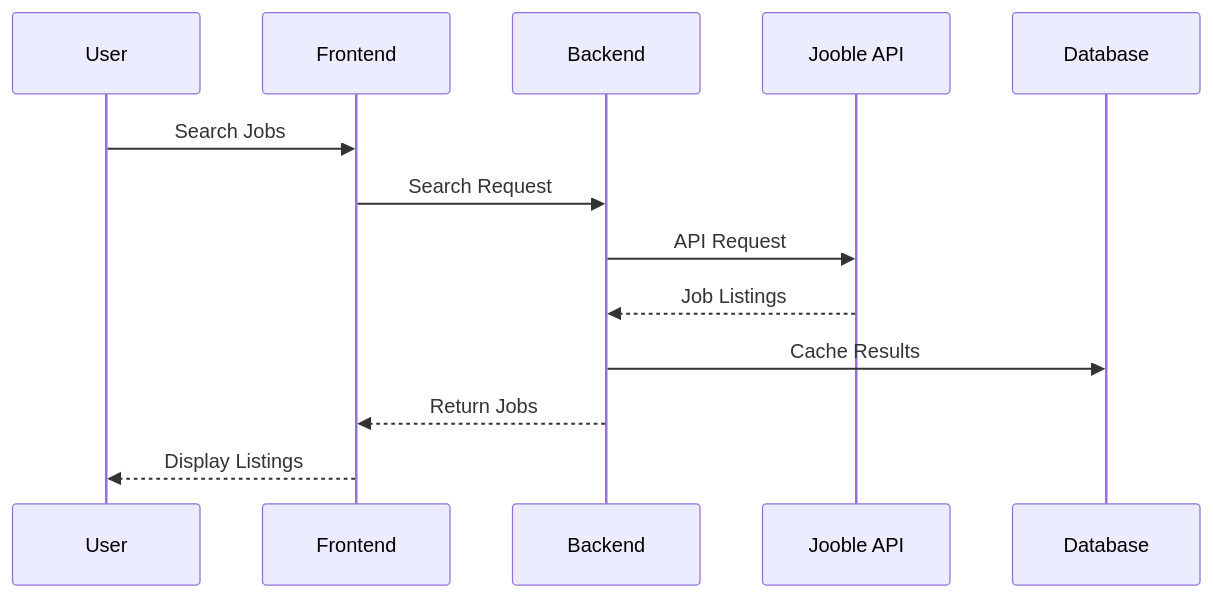
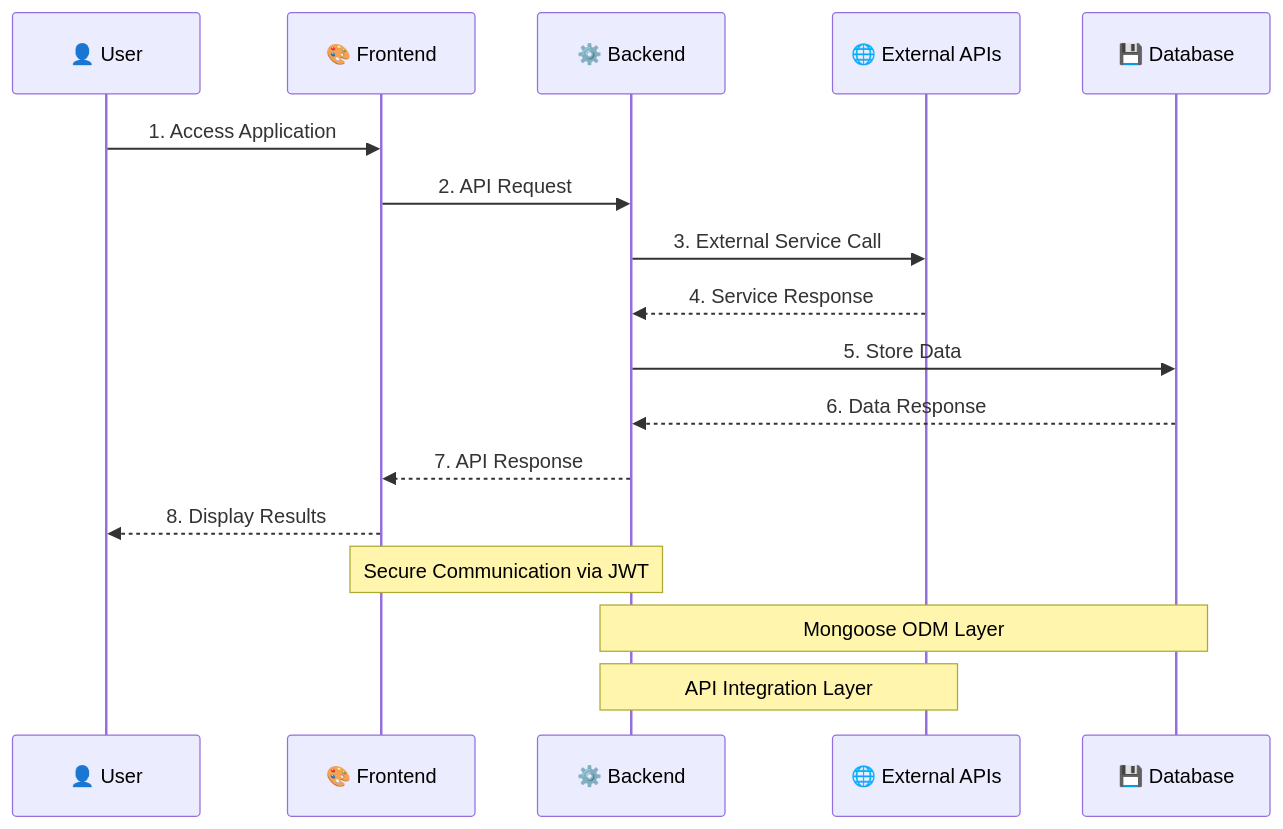
One commit to ozzy2438/Full-MERN-Project changed the second of 4 diagrams in architecture.md. Above: the diagram before and after it, drawn with Mermaid. The commit also changed other lines of this file, not shown here.

Commit message:
flowchart fixed

````diff
--- a/architecture.md
+++ b/architecture.md
@@ -136,16 +119,21 @@
-   ```mermaid
-   sequenceDiagram
-       participant User
-       participant Frontend
-       participant Backend
-       participant Jooble API
-       participant Database
+```mermaid
+sequenceDiagram
+    participant User as 👤 User
+    participant Frontend as 🎨 Frontend
+    participant Backend as ⚙️ Backend
+    participant External as 🌐 External APIs
+    participant DB as 💾 Database
 
-       User->>Frontend: Search Jobs
-       Frontend->>Backend: Search Request
-       Backend->>Jooble API: API Request
-       Jooble API-->>Backend: Job Listings
-       Backend->>Database: Cache Results
-       Backend-->>Frontend: Return Jobs
-       Frontend-->>User: Display Listings
-   ```
+    User->>Frontend: 1. Access Application
+    Frontend->>Backend: 2. API Request
+    Backend->>External: 3. External Service Call
+    External-->>Backend: 4. Service Response
+    Backend->>DB: 5. Store Data
+    DB-->>Backend: 6. Data Response
+    Backend-->>Frontend: 7. API Response
+    Frontend-->>User: 8. Display Results
+
+    note over Frontend,Backend: Secure Communication via JWT
+    note over Backend,DB: Mongoose ODM Layer
+    note over Backend,External: API Integration Layer
+```
````
